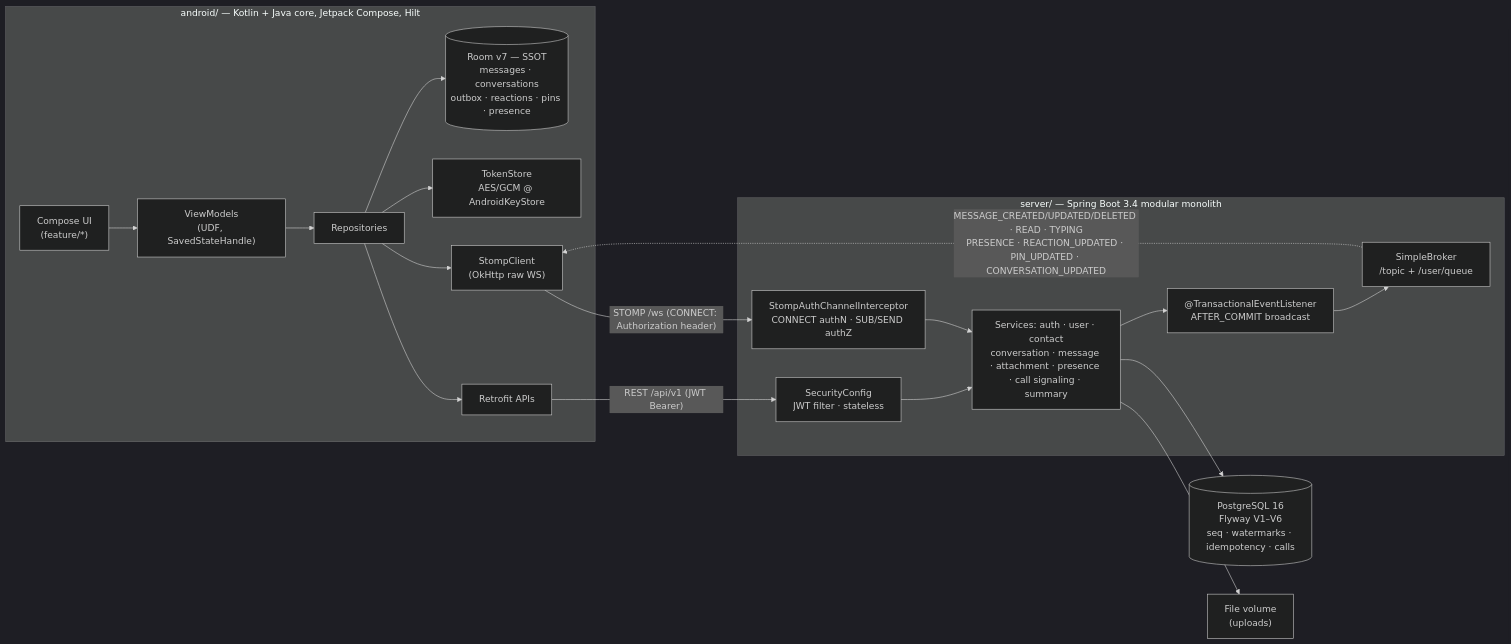
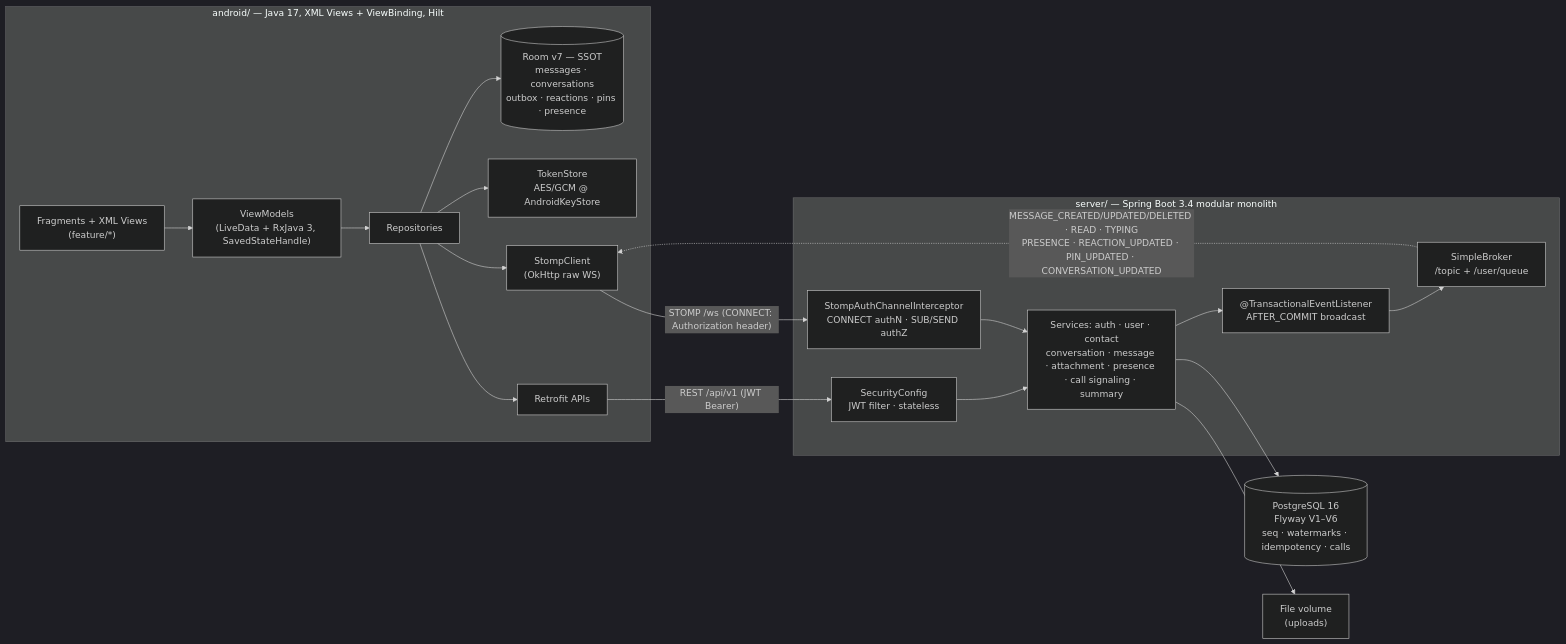
One commit to JasonTM17/Nexachat_AppJ changed the diagram in README.md. Above: the diagram before and after it, drawn with Mermaid (dark theme). The commit also changed other lines of this file and 4 other files, not shown here.

Commit message:
docs(readme,arch,ops): update architecture and operations docs for 100% Java Android client

````diff
--- a/README.md
+++ b/README.md
@@ -69,29 +69,29 @@
 ```mermaid
 flowchart LR
-    subgraph Android["android/ — Kotlin + Java core, Jetpack Compose, Hilt"]
-        UI["Compose UI<br/>(feature/*)"] --> VM["ViewModels<br/>(UDF, SavedStateHandle)"]
+    subgraph Android["android/ — Java 17, XML Views + ViewBinding, Hilt"]
+        UI["Fragments + XML Views<br/>(feature/*)"] --> VM["ViewModels<br/>(LiveData + RxJava 3, SavedStateHandle)"]
         VM --> REPO["Repositories"]
         REPO --> ROOM[("Room v7 — SSOT<br/>messages · conversations<br/>outbox · reactions · pins · presence")]
         REPO --> TS["TokenStore<br/>AES/GCM @ AndroidKeyStore"]
         REPO --> ST["StompClient<br/>(OkHttp raw WS)"]
         REPO --> RT["Retrofit APIs"]
     end
 
     subgraph Server["server/ — Spring Boot 3.4 modular monolith"]
         SEC["SecurityConfig<br/>JWT filter · stateless"]
         INT["StompAuthChannelInterceptor<br/>CONNECT authN · SUB/SEND authZ"]
         SVC["Services: auth · user · contact<br/>conversation · message · attachment · presence · call signaling · summary"]
         EVT["@TransactionalEventListener<br/>AFTER_COMMIT broadcast"]
         BR["SimpleBroker<br/>/topic + /user/queue"]
     end
 
     DB[("PostgreSQL 16<br/>Flyway V1–V6<br/>seq · watermarks · idempotency · calls")]
     FS["File volume<br/>(uploads)"]
 
     RT -- "REST /api/v1 (JWT Bearer)" --> SEC --> SVC
     ST -- "STOMP /ws (CONNECT: Authorization header)" --> INT --> SVC
     SVC --> DB
     SVC --> FS
     SVC --> EVT --> BR
     BR -. "MESSAGE_CREATED/UPDATED/DELETED · READ · TYPING<br/>PRESENCE · REACTION_UPDATED · PIN_UPDATED · CONVERSATION_UPDATED" .-> ST
 ```
````
